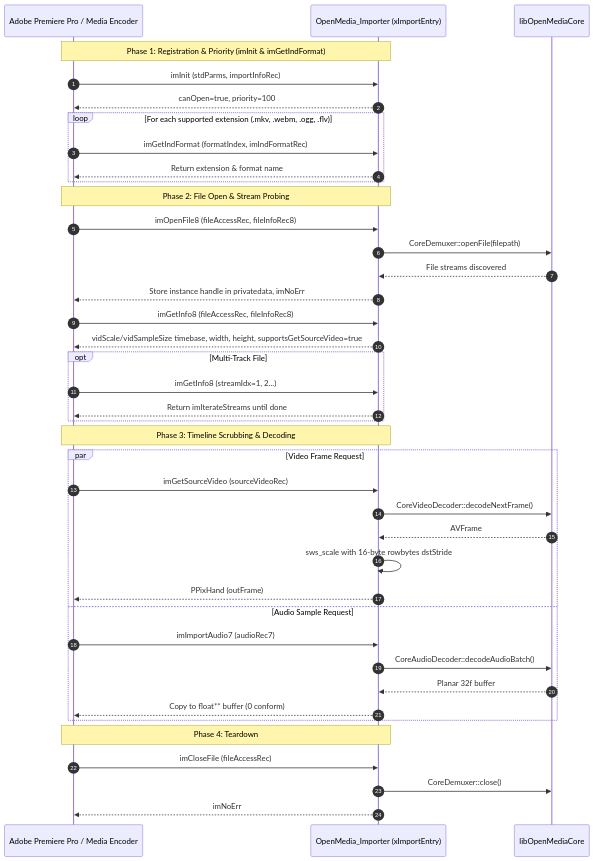
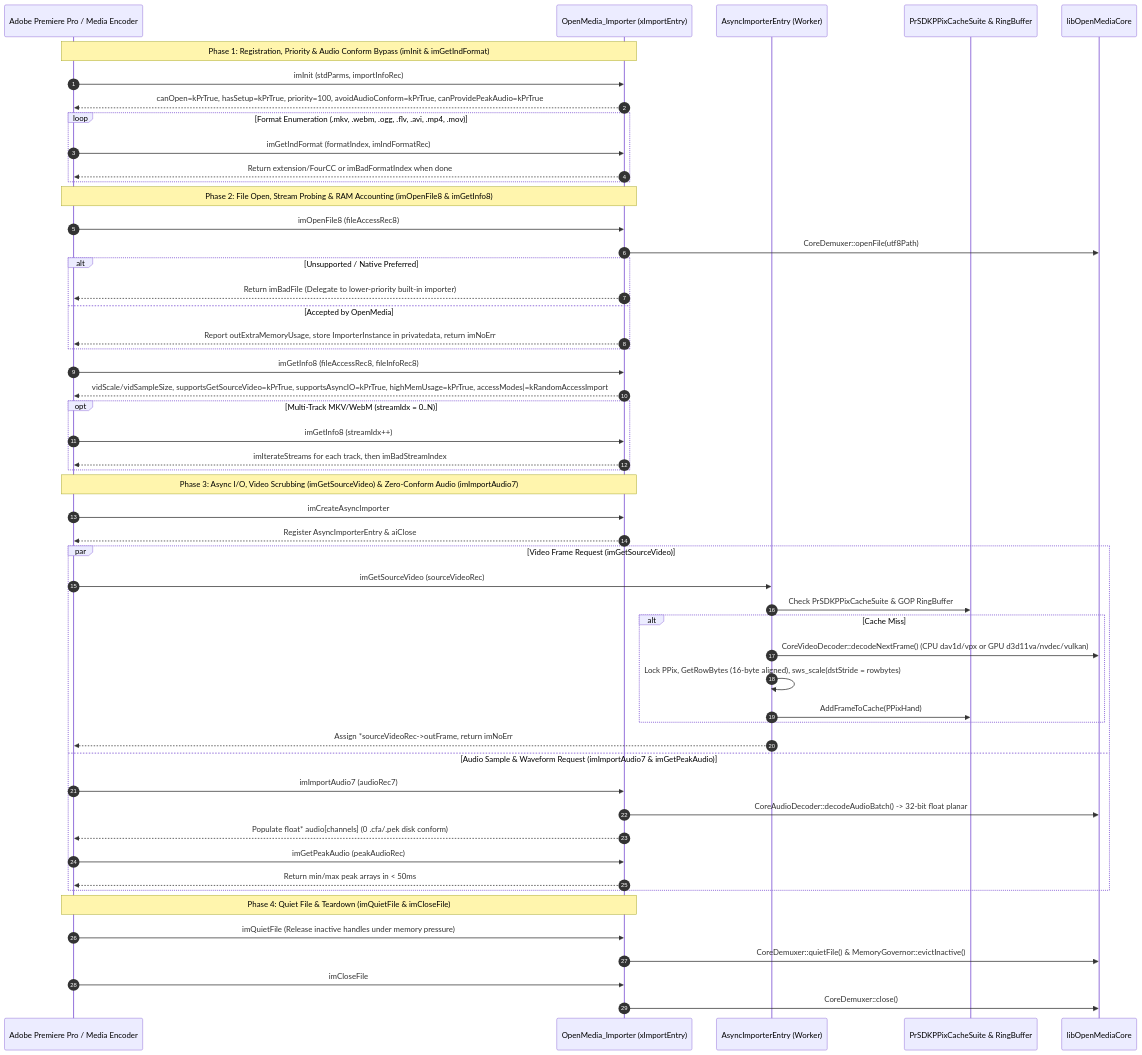
One commit to abdelrazekwork72-beep/AV1 changed the diagram in docs/user-stories/module-2-importer-plugin/README.md. Above: the diagram before and after it, drawn with Mermaid. The commit also changed other lines of this file and 15 other files, not shown here.

Commit message:
fix(docs): unify architecture, Premiere Pro SDK protocols, base contracts, and 50 implementation units across all 4 modules and 11 user stories

````diff
--- a/docs/user-stories/module-2-importer-plugin/README.md
+++ b/docs/user-stories/module-2-importer-plugin/README.md
@@ -19,46 +19,58 @@
 ```mermaid
 sequenceDiagram
     autonumber
     participant Host as Adobe Premiere Pro / Media Encoder
     participant Imp as OpenMedia_Importer (xImportEntry)
+    participant Async as AsyncImporterEntry (Worker)
+    participant Cache as PrSDKPPixCacheSuite & RingBuffer
     participant Core as libOpenMediaCore
 
-    Note over Host,Imp: Phase 1: Registration & Priority (imInit & imGetIndFormat)
+    Note over Host,Imp: Phase 1: Registration, Priority & Audio Conform Bypass (imInit & imGetIndFormat)
     Host->>Imp: imInit (stdParms, importInfoRec)
-    Imp-->>Host: canOpen=true, priority=100
-    loop For each supported extension (.mkv, .webm, .ogg, .flv)
+    Imp-->>Host: canOpen=kPrTrue, hasSetup=kPrTrue, priority=100, avoidAudioConform=kPrTrue, canProvidePeakAudio=kPrTrue
+    loop Format Enumeration (.mkv, .webm, .ogg, .flv, .avi, .mp4, .mov)
         Host->>Imp: imGetIndFormat (formatIndex, imIndFormatRec)
-        Imp-->>Host: Return extension & format name
+        Imp-->>Host: Return extension/FourCC or imBadFormatIndex when done
     end
 
-    Note over Host,Imp: Phase 2: File Open & Stream Probing
-    Host->>Imp: imOpenFile8 (fileAccessRec, fileInfoRec8)
-    Imp->>Core: CoreDemuxer::openFile(filepath)
-    Core-->>Imp: File streams discovered
-    Imp-->>Host: Store instance handle in privatedata, imNoErr
-    Host->>Imp: imGetInfo8 (fileAccessRec, fileInfoRec8)
-    Imp-->>Host: vidScale/vidSampleSize timebase, width, height, supportsGetSourceVideo=true
-    opt Multi-Track File
-        Host->>Imp: imGetInfo8 (streamIdx=1, 2...)
-        Imp-->>Host: Return imIterateStreams until done
+    Note over Host,Imp: Phase 2: File Open, Stream Probing & RAM Accounting (imOpenFile8 & imGetInfo8)
+    Host->>Imp: imOpenFile8 (fileAccessRec8)
+    Imp->>Core: CoreDemuxer::openFile(utf8Path)
+    alt Unsupported / Native Preferred
+        Imp-->>Host: Return imBadFile (Delegate to lower-priority built-in importer)
+    else Accepted by OpenMedia
+        Imp-->>Host: Report outExtraMemoryUsage, store ImporterInstance in privatedata, return imNoErr
+    end
+    Host->>Imp: imGetInfo8 (fileAccessRec8, fileInfoRec8)
+    Imp-->>Host: vidScale/vidSampleSize, supportsGetSourceVideo=kPrTrue, supportsAsyncIO=kPrTrue, highMemUsage=kPrTrue, accessModes|=kRandomAccessImport
+    opt Multi-Track MKV/WebM (streamIdx = 0..N)
+        Host->>Imp: imGetInfo8 (streamIdx++)
+        Imp-->>Host: imIterateStreams for each track, then imBadStreamIndex
     end
 
-    Note over Host,Imp: Phase 3: Timeline Scrubbing & Decoding
-    par Video Frame Request
-        Host->>Imp: imGetSourceVideo (sourceVideoRec)
-        Imp->>Core: CoreVideoDecoder::decodeNextFrame()
-        Core-->>Imp: AVFrame
-        Imp->>Imp: sws_scale with 16-byte rowbytes dstStride
-        Imp-->>Host: PPixHand (outFrame)
-    and Audio Sample Request
+    Note over Host,Imp: Phase 3: Async I/O, Video Scrubbing (imGetSourceVideo) & Zero-Conform Audio (imImportAudio7)
+    Host->>Imp: imCreateAsyncImporter
+    Imp-->>Host: Register AsyncImporterEntry & aiClose
+    par Video Frame Request (imGetSourceVideo)
+        Host->>Async: imGetSourceVideo (sourceVideoRec)
+        Async->>Cache: Check PrSDKPPixCacheSuite & GOP RingBuffer
+        alt Cache Miss
+            Async->>Core: CoreVideoDecoder::decodeNextFrame() (CPU dav1d/vpx or GPU d3d11va/nvdec/vulkan)
+            Async->>Async: Lock PPix, GetRowBytes (16-byte aligned), sws_scale(dstStride = rowbytes)
+            Async->>Cache: AddFrameToCache(PPixHand)
+        end
+        Async-->>Host: Assign *sourceVideoRec->outFrame, return imNoErr
+    and Audio Sample & Waveform Request (imImportAudio7 & imGetPeakAudio)
         Host->>Imp: imImportAudio7 (audioRec7)
-        Imp->>Core: CoreAudioDecoder::decodeAudioBatch()
-        Core-->>Imp: Planar 32f buffer
-        Imp-->>Host: Copy to float** buffer (0 conform)
+        Imp->>Core: CoreAudioDecoder::decodeAudioBatch() -> 32-bit float planar
+        Imp-->>Host: Populate float* audio[channels] (0 .cfa/.pek disk conform)
+        Host->>Imp: imGetPeakAudio (peakAudioRec)
+        Imp-->>Host: Return min/max peak arrays in < 50ms
     end
 
-    Note over Host,Imp: Phase 4: Teardown
-    Host->>Imp: imCloseFile (fileAccessRec)
+    Note over Host,Imp: Phase 4: Quiet File & Teardown (imQuietFile & imCloseFile)
+    Host->>Imp: imQuietFile (Release inactive handles under memory pressure)
+    Imp->>Core: CoreDemuxer::quietFile() & MemoryGovernor::evictInactive()
+    Host->>Imp: imCloseFile
     Imp->>Core: CoreDemuxer::close()
-    Imp-->>Host: imNoErr
 ```
````
